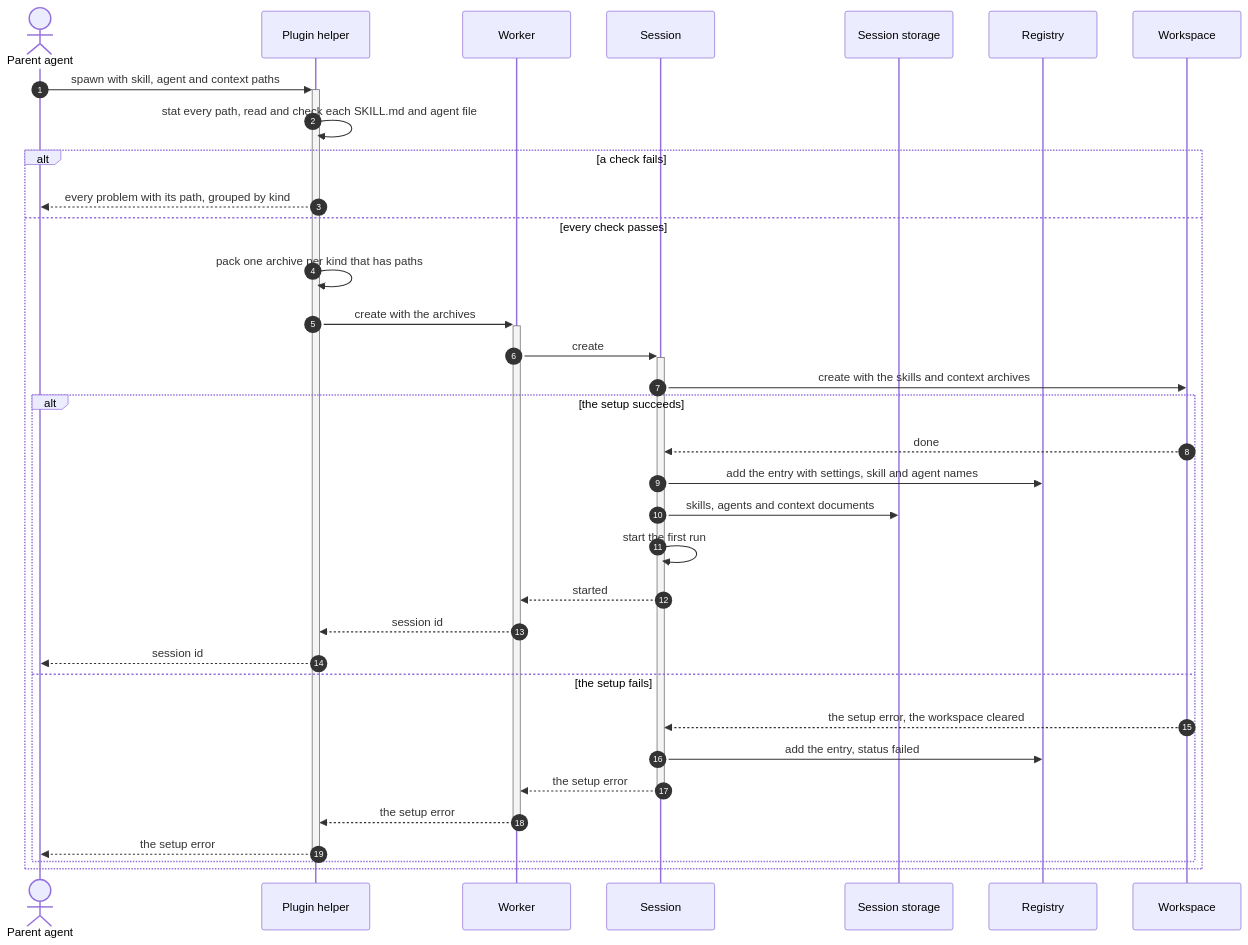
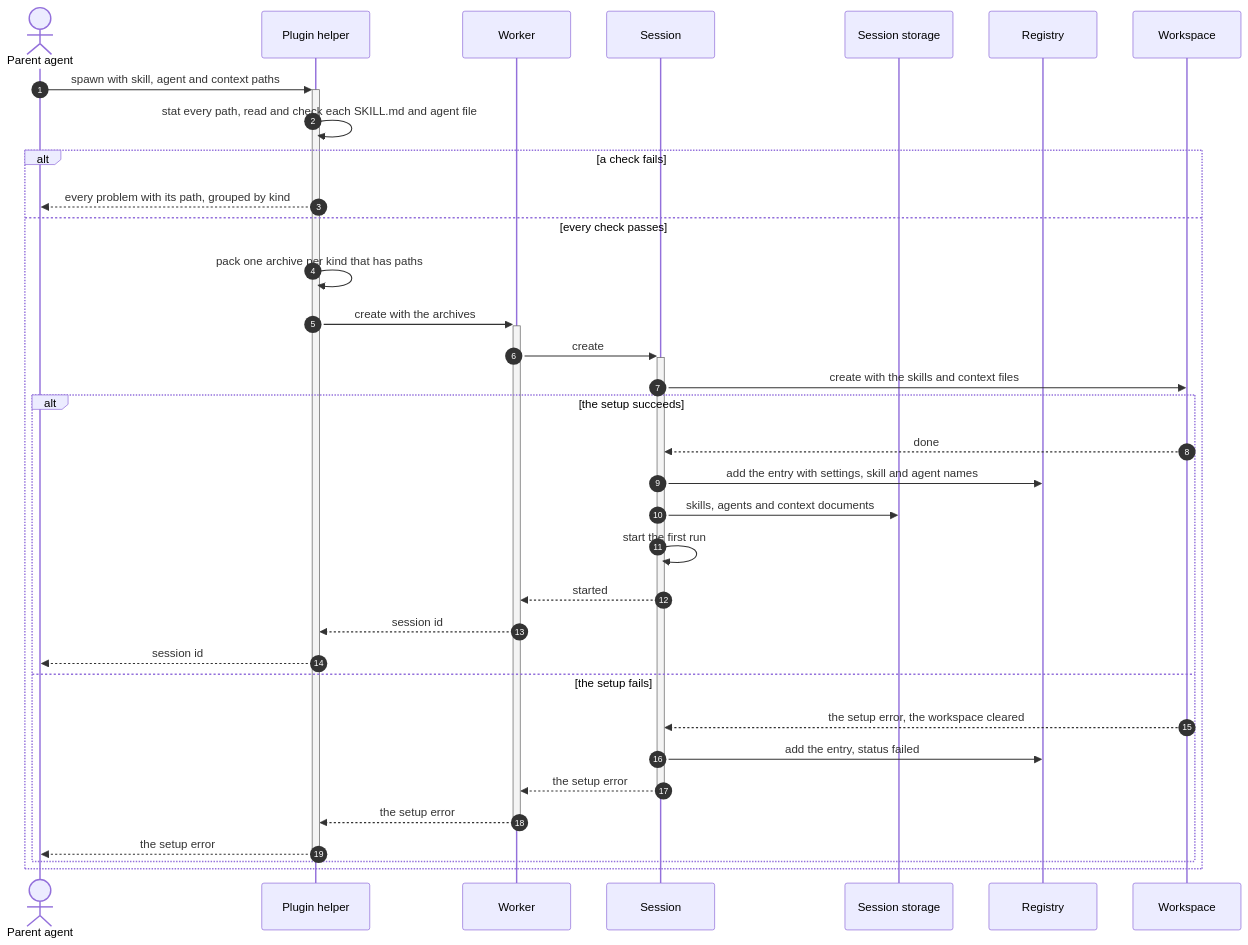
Before and after one commit to asermax/tentacles: the sixth of 8 diagrams in docs/technical-design/sessions.md, drawn with Mermaid. The commit also changed other lines of this file and 8 other files, not shown here.

````diff
--- a/docs/technical-design/sessions.md
+++ b/docs/technical-design/sessions.md
@@ -313,36 +313,36 @@
 ```mermaid
 sequenceDiagram
     autonumber
     actor P as Parent agent
     participant H as Plugin helper
     participant W as Worker
     participant S as Session
     participant DB as Session storage
     participant R as Registry
     participant Ws as Workspace
     P->>+H: spawn with skill, agent and context paths
     H->>H: stat every path, read and check each SKILL.md and agent file
     alt a check fails
         H-->>P: every problem with its path, grouped by kind
     else every check passes
         H->>H: pack one archive per kind that has paths
         H->>+W: create with the archives
         W->>+S: create
-        S->>Ws: create with the skills and context archives
+        S->>Ws: create with the skills and context files
         alt the setup succeeds
             Ws-->>S: done
             S->>R: add the entry with settings, skill and agent names
             S->>DB: skills, agents and context documents
             S->>S: start the first run
             S-->>W: started
             W-->>H: session id
             H-->>P: session id
         else the setup fails
             Ws-->>S: the setup error, the workspace cleared
             S->>R: add the entry, status failed
             S-->>-W: the setup error
             W-->>-H: the setup error
             H-->>-P: the setup error
         end
     end
 ```
````
